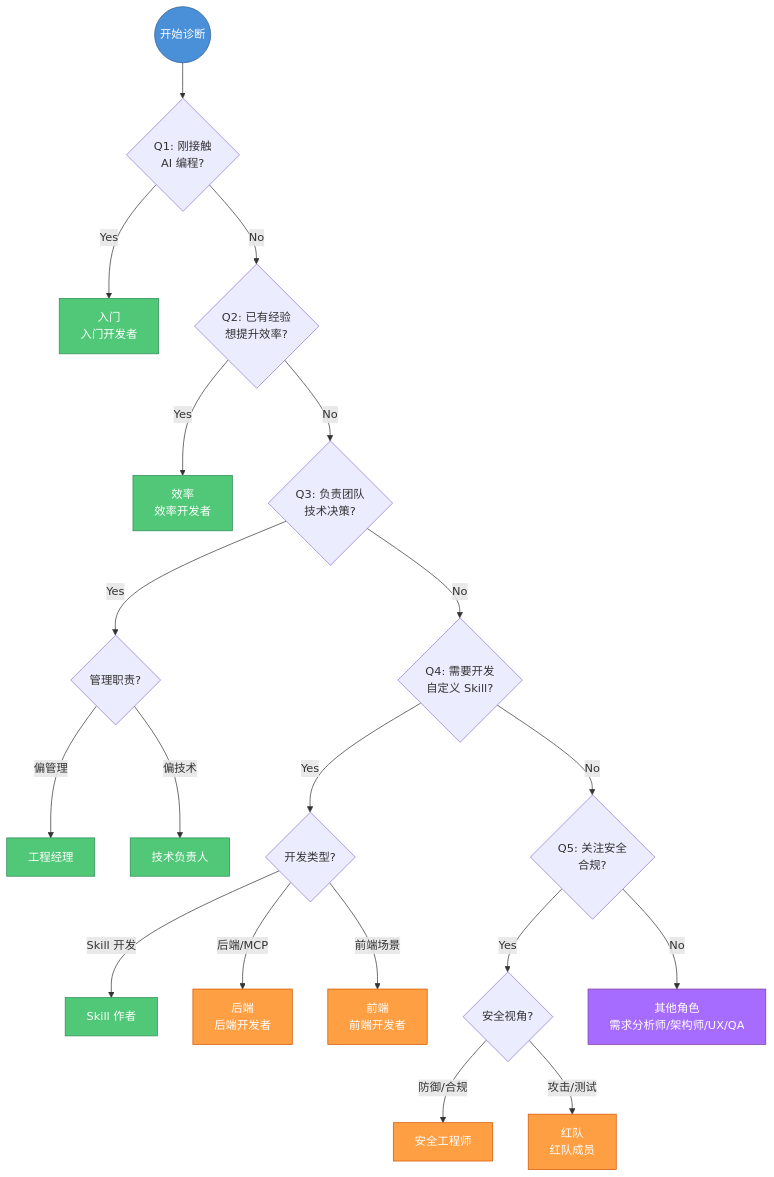
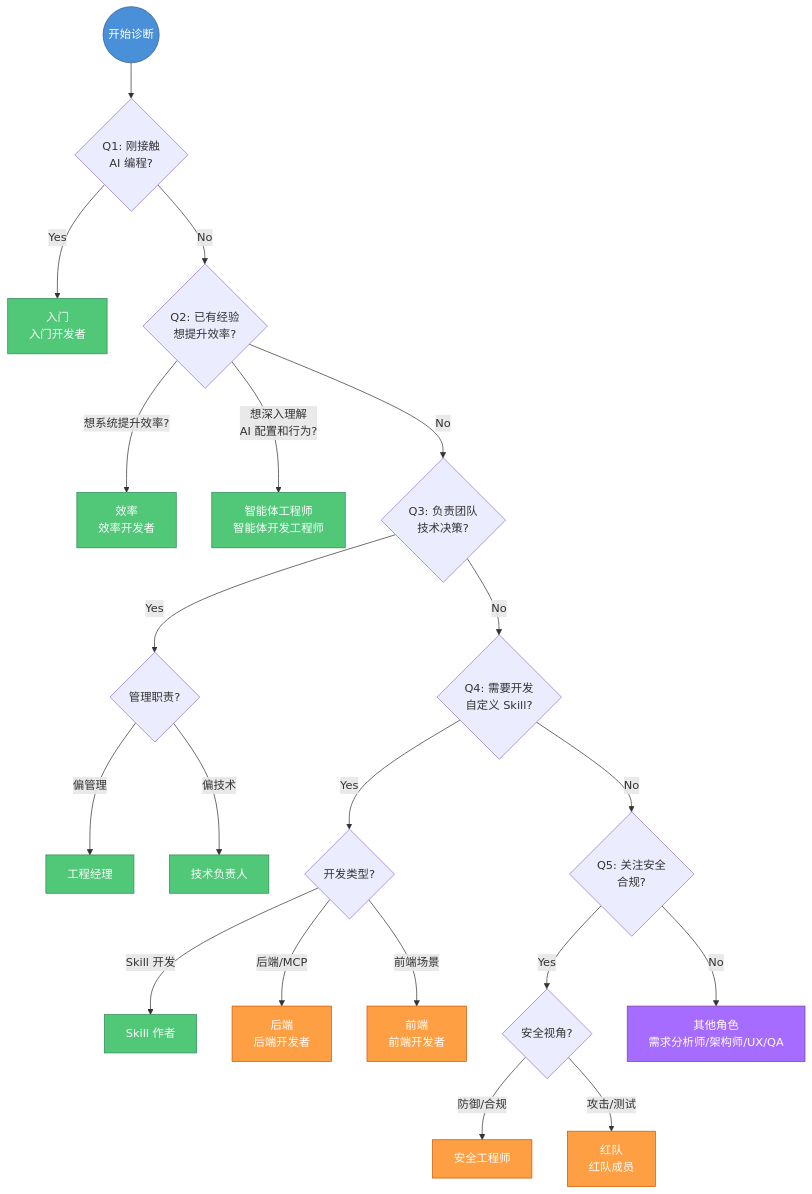
One commit to tonydeng/harness-engineering-from-oc-to-ai-coding changed the first of 6 diagrams in src/00-guide/README.md. Above: the diagram before and after it, drawn with Mermaid. The commit also changed other lines of this file and 331 other files, not shown here.

````diff
--- a/src/00-guide/README.md
+++ b/src/00-guide/README.md
@@ -21,35 +21,36 @@
 ```mermaid
 flowchart TB
     START((开始诊断)) --> Q1{Q1: 刚接触<br/>AI 编程?}
     Q1 -->|Yes| 入门[入门<br/>入门开发者]
     Q1 -->|No| Q2{Q2: 已有经验<br/>想提升效率?}
 
-    Q2 -->|Yes| 效率[效率<br/>效率开发者]
+    Q2 -->|想系统提升效率?| 效率[效率<br/>效率开发者]
+    Q2 -->|想深入理解<br/>AI 配置和行为?| 智能体工程师Node[智能体工程师<br/>智能体开发工程师]
     Q2 -->|No| Q3{Q3: 负责团队<br/>技术决策?}
 
     Q3 -->|Yes| Q3a{管理职责?}
     Q3a -->|偏管理| 工程经理[工程经理]
     Q3a -->|偏技术| 技术负责人[技术负责人]
     Q3 -->|No| Q4{Q4: 需要开发<br/>自定义 Skill?}
 
     Q4 -->|Yes| Q4a{开发类型?}
     Q4a -->|Skill 开发| Skill作者[Skill 作者]
     Q4a -->|后端/MCP| 后端[后端<br/>后端开发者]
     Q4a -->|前端场景| 前端[前端<br/>前端开发者]
     Q4 -->|No| Q5{Q5: 关注安全<br/>合规?}
 
     Q5 -->|Yes| Q5a{安全视角?}
     Q5a -->|防御/合规| 安全工程师[安全工程师]
     Q5a -->|攻击/测试| 红队[红队<br/>红队成员]
     Q5 -->|No| 其他角色[其他角色<br/>需求分析师/架构师/UX/QA]
 
     classDef start fill:#4A90D9,stroke:#2E5A8C,color:#fff
     classDef core fill:#50C878,stroke:#2E8B57,color:#fff
     classDef ext fill:#FF9F43,stroke:#D35400,color:#fff
     classDef other fill:#A66CFF,stroke:#7D3C98,color:#fff
 
     class START start
-    class 入门,效率,技术负责人,Skill作者,工程经理 core
+    class 入门,效率,智能体工程师Node,技术负责人,Skill作者,工程经理 core
     class 后端,前端,安全工程师,红队 ext
     class 其他角色 other
 ```
````
